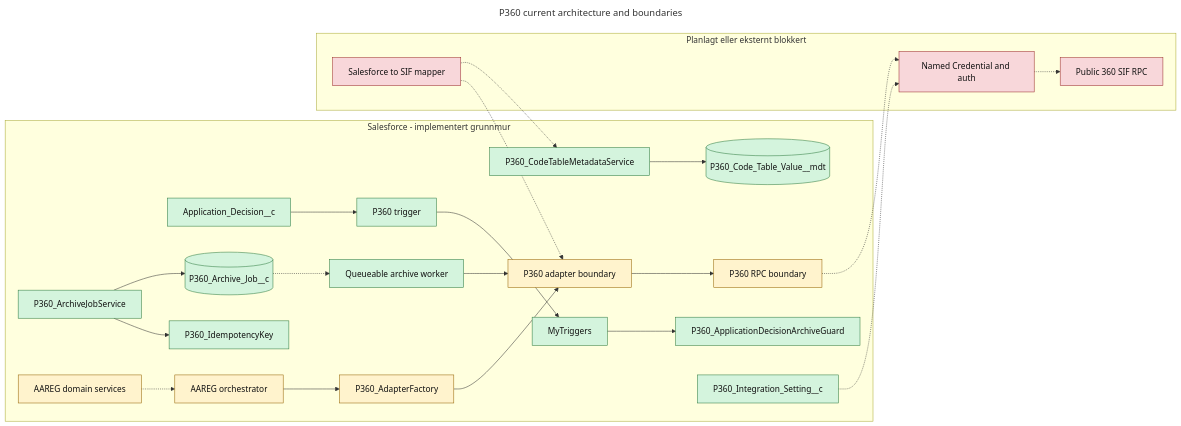
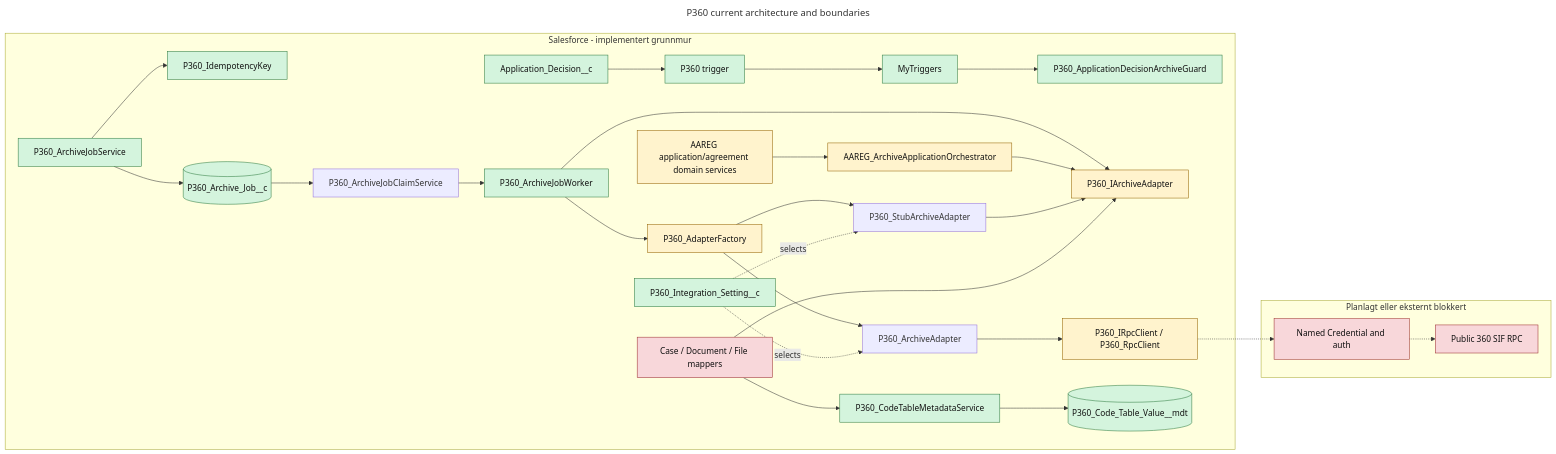
Before and after one commit to navikt/crm-arbeidsforhold: the diagram in docs/integrations/p360/diagrams/p360-current-architecture.mmd, drawn with Mermaid. The commit also changed 12 other files, not shown here.

Commit message:
docs(p360): update architecture diagrams and add class diagram

```diff
--- a/docs/integrations/p360/diagrams/p360-current-architecture.mmd
+++ b/docs/integrations/p360/diagrams/p360-current-architecture.mmd
@@ -1,49 +1,58 @@
 ---
 title: P360 current architecture and boundaries
 ---
 graph LR
     subgraph Salesforce[Salesforce - implementert grunnmur]
         Decision[Application_Decision__c]
         Trigger[P360 trigger]
         MyTriggers[MyTriggers]
         Guard[P360_ApplicationDecisionArchiveGuard]
         Key[P360_IdempotencyKey]
         JobService[P360_ArchiveJobService]
         Job[(P360_Archive_Job__c)]
-        Domain[AAREG domain services]
-        Orchestrator[AAREG orchestrator]
+        Domain[AAREG application/agreement domain services]
+        Orchestrator[AAREG_ArchiveApplicationOrchestrator]
         Factory[P360_AdapterFactory]
-        Adapter[P360 adapter boundary]
-        Rpc[P360 RPC boundary]
-        Worker[Queueable archive worker]
+        Adapter[P360_IArchiveAdapter]
+        LiveAdapter[P360_ArchiveAdapter]
+        StubAdapter[P360_StubArchiveAdapter]
+        Rpc[P360_IRpcClient / P360_RpcClient]
+        Worker[P360_ArchiveJobWorker]
+        Claim[P360_ArchiveJobClaimService]
         CodeTable[(P360_Code_Table_Value__mdt)]
         CodeTableService[P360_CodeTableMetadataService]
+        Mapper[Case / Document / File mappers]
         Config[P360_Integration_Setting__c]
     end
 
     subgraph Future[Planlagt eller eksternt blokkert]
-        Mapper[Salesforce to SIF mapper]
         Auth[Named Credential and auth]
         P360[Public 360 SIF RPC]
     end
 
     Decision --> Trigger --> MyTriggers --> Guard
     JobService --> Key
     JobService --> Job
-    Job -.-> Worker
+    Job --> Claim --> Worker
+    Worker --> Factory
     Worker --> Adapter
-    Domain -.-> Orchestrator
-    Orchestrator --> Factory --> Adapter --> Rpc
+    Domain --> Orchestrator
+    Orchestrator --> Adapter
+    Factory --> StubAdapter
+    Factory --> LiveAdapter
+    LiveAdapter --> Rpc
+    StubAdapter --> Adapter
     Rpc -.-> Auth -.-> P360
-    Mapper -.-> Adapter
+    Mapper --> Adapter
     CodeTableService --> CodeTable
-    Mapper -.-> CodeTableService
-    Config -.-> Auth
+    Mapper --> CodeTableService
+    Config -. selects .-> StubAdapter
+    Config -. selects .-> LiveAdapter
 
     classDef implemented fill:#d4f4dd,stroke:#2d7a3e,color:#111
     classDef contract fill:#fff3cd,stroke:#946200,color:#111
     classDef blocked fill:#f8d7da,stroke:#9b2c2c,color:#111
     class Decision,Trigger,MyTriggers,Guard,Key,JobService,Job,CodeTable,CodeTableService,Config implemented
     class Domain,Orchestrator,Factory,Adapter,Rpc contract
     class Worker,CodeTable,CodeTableService,Config implemented
     class Mapper,Auth,P360 blocked
```
